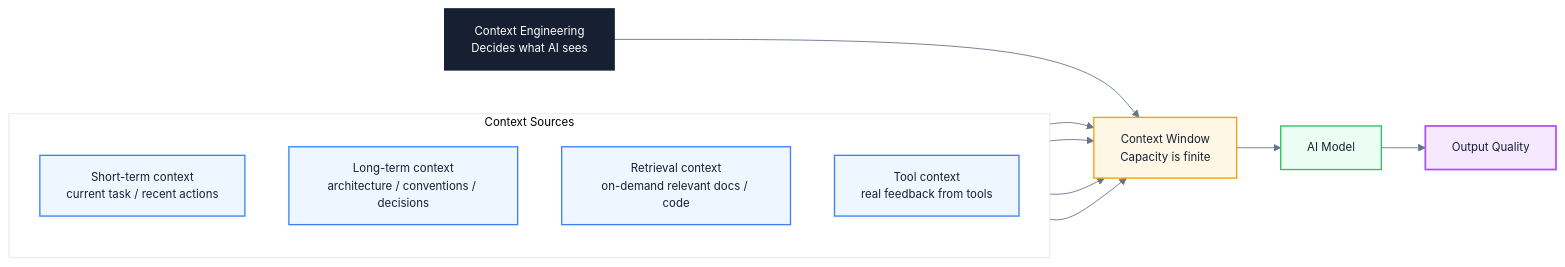
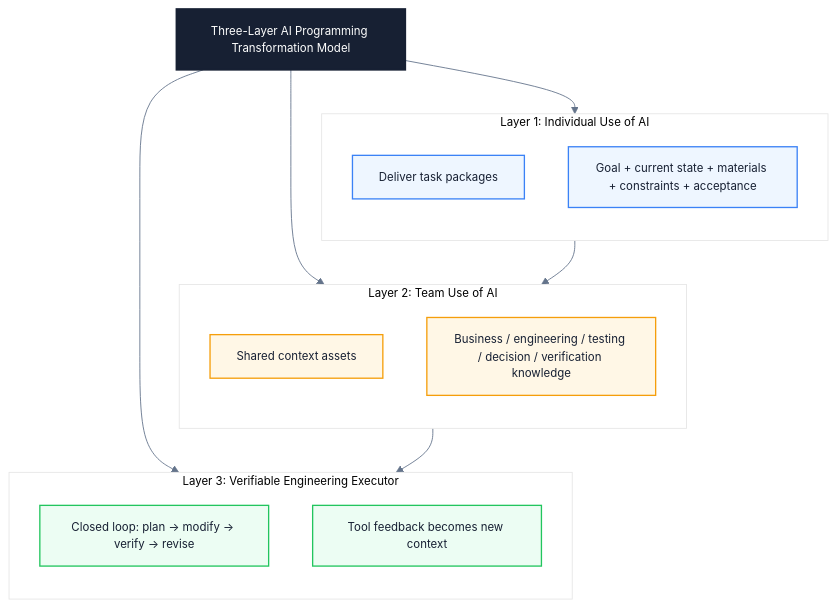
Before and after one commit to Fatejian/frontier-vault: the second of 3 diagrams in docs/en/ai/understanding-context-in-ai-era.md, drawn with Mermaid. The commit also changed other lines of this file and 44 other files, not shown here.

````diff
--- a/docs/en/ai/understanding-context-in-ai-era.md
+++ b/docs/en/ai/understanding-context-in-ai-era.md
@@ -418,37 +505,40 @@
 ```mermaid
 %%{init: {'theme': 'base', 'themeVariables': { 'fontFamily': 'Inter, PingFang SC, Microsoft YaHei, sans-serif', 'primaryColor': '#F8FAFC', 'primaryTextColor': '#172033', 'primaryBorderColor': '#CBD5E1', 'lineColor': '#64748B', 'fontSize': '13px'}}}%%
-flowchart LR
-    CE["Context Engineering<br/>Decides what AI sees"]
+flowchart TB
+    Core["Three-Layer AI Programming Transformation Model"]
 
-    subgraph Sources["Context Sources"]
+    subgraph L1["Layer 1: Individual Use of AI"]
         direction TB
-        S1["Short-term context<br/>current task / recent actions"]
-        S2["Long-term context<br/>architecture / conventions / decisions"]
-        S3["Retrieval context<br/>on-demand relevant docs / code"]
-        S4["Tool context<br/>real feedback from tools"]
+        A1["Deliver task packages"]
+        A2["Goal + current state + materials + constraints + acceptance"]
     end
 
-    CW["Context Window<br/>Capacity is finite"]
-    AI["AI Model"]
-    Out["Output Quality"]
+    subgraph L2["Layer 2: Team Use of AI"]
+        direction TB
+        B1["Shared context assets"]
+        B2["Business / engineering / testing / decision / verification knowledge"]
+    end
 
-    S1 --> CW
-    S2 --> CW
-    S3 --> CW
-    S4 --> CW
-    CE --> CW
-    CW --> AI
-    AI --> Out
+    subgraph L3["Layer 3: Verifiable Engineering Executor"]
+        direction TB
+        C1["Closed loop: plan -> modify -> verify -> revise"]
+        C2["Tool feedback becomes new context"]
+    end
+
+    Core --> L1
+    Core --> L2
+    Core --> L3
+    L1 --> L2
+    L2 --> L3
 
     classDef core fill:#172033,color:#fff,stroke:#172033,stroke-width:2px;
     classDef wait fill:#EEF6FF,stroke:#3B82F6,color:#172033,stroke-width:1.5px;
     classDef block fill:#FFF7E6,stroke:#F59E0B,color:#172033,stroke-width:1.5px;
     classDef work fill:#ECFDF3,stroke:#22C55E,color:#172033,stroke-width:1.5px;
     classDef metric fill:#F5E8FF,stroke:#A855F7,color:#172033,stroke-width:2px;
 
-    class CE core;
-    class S1,S2,S3,S4 wait;
-    class CW block;
-    class AI work;
-    class Out metric;
+    class Core core;
+    class A1,A2 wait;
+    class B1,B2 block;
+    class C1,C2 work;
 ```
````
